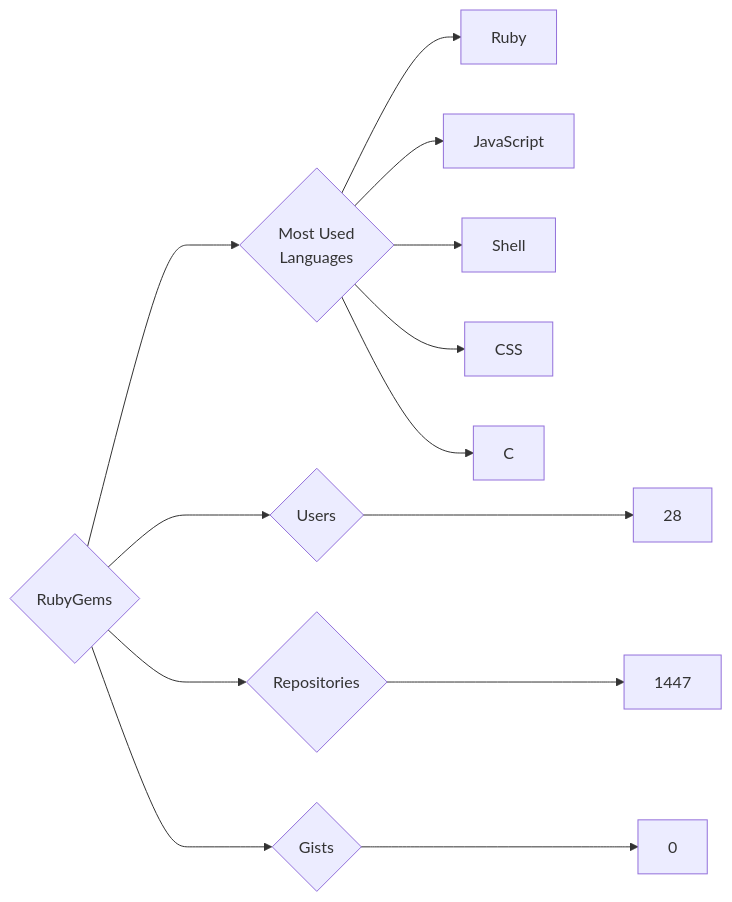
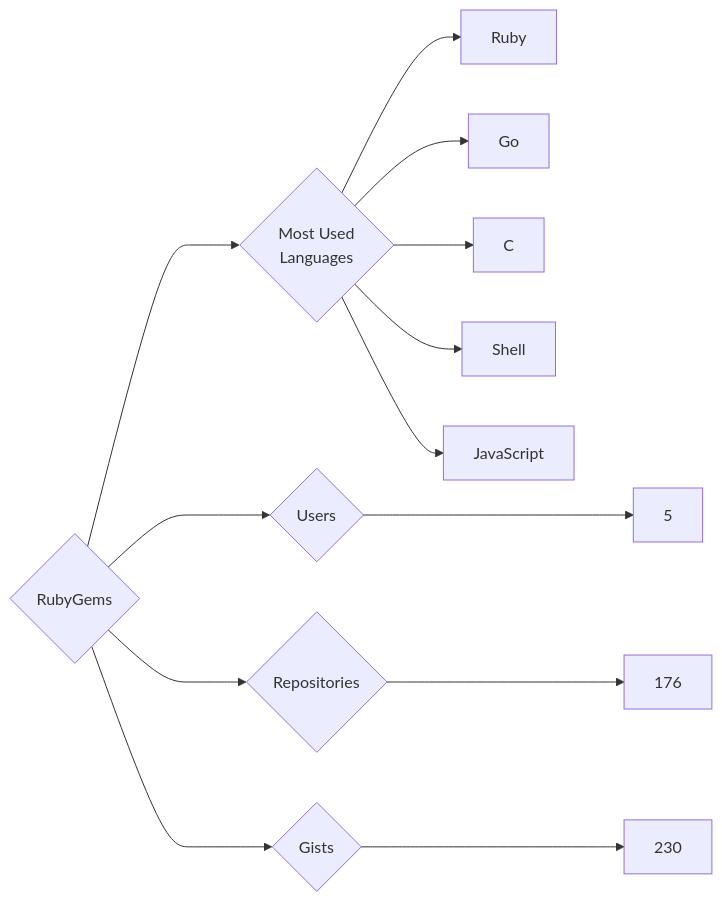
The diagram in targets/RubyGems/README.md (trickest/insiders), drawn with Mermaid before and after one commit. The commit also changed 997 other files, not shown here.

````diff
--- a/targets/RubyGems/README.md
+++ b/targets/RubyGems/README.md
@@ -3,13 +3,13 @@
 ```mermaid
 graph LR
 COMPANY_NAME{RubyGems}
-COMPANY_NAME ---> U{Users} ---> UN[28]
-COMPANY_NAME ---> R{Repositories} ---> RN[1447]
-COMPANY_NAME ---> G{Gists} ---> GN[0]
+COMPANY_NAME ---> U{Users} ---> UN[5]
+COMPANY_NAME ---> R{Repositories} ---> RN[176]
+COMPANY_NAME ---> G{Gists} ---> GN[230]
 COMPANY_NAME ---> ML{Most Used<br>Languages}
-ML --> Ruby
-ML --> JavaScript
-ML --> Shell
-ML --> CSS
-ML --> C
+ML --> Ruby[Ruby]
+ML --> Go[Go]
+ML --> C[C]
+ML --> Shell[Shell]
+ML --> JavaScript[JavaScript]
 ```
````
